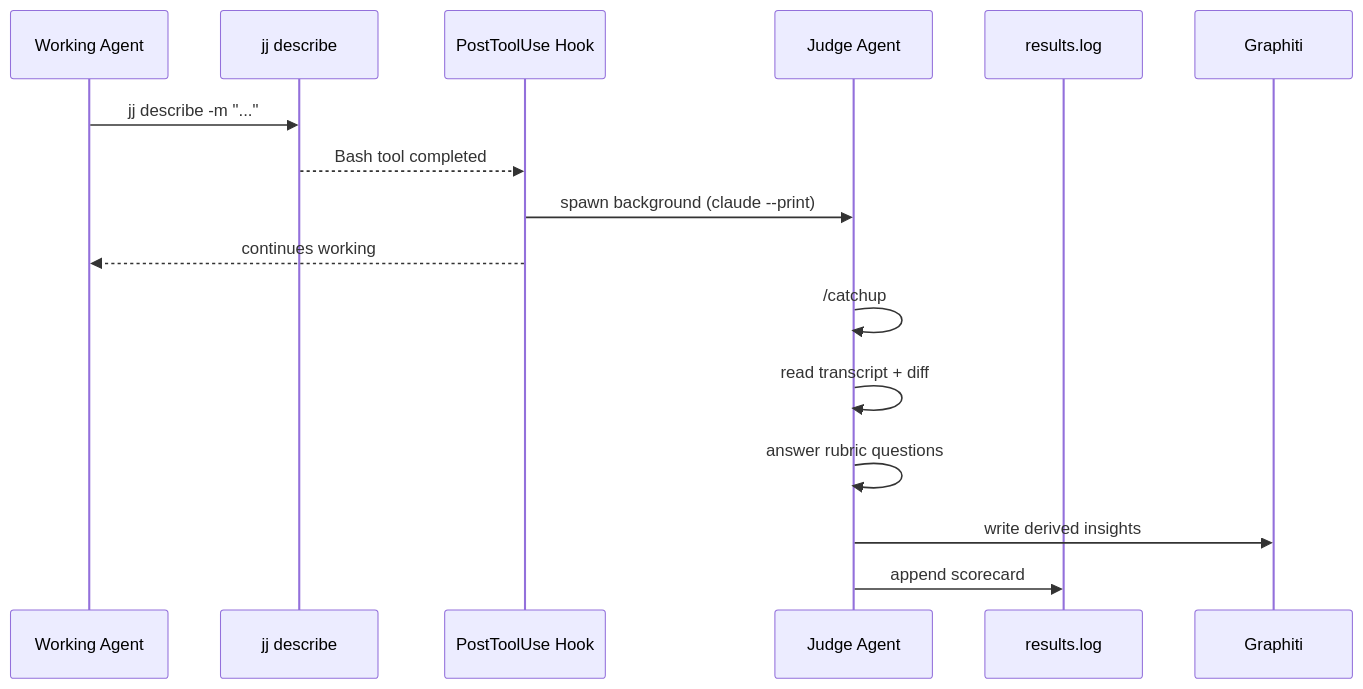
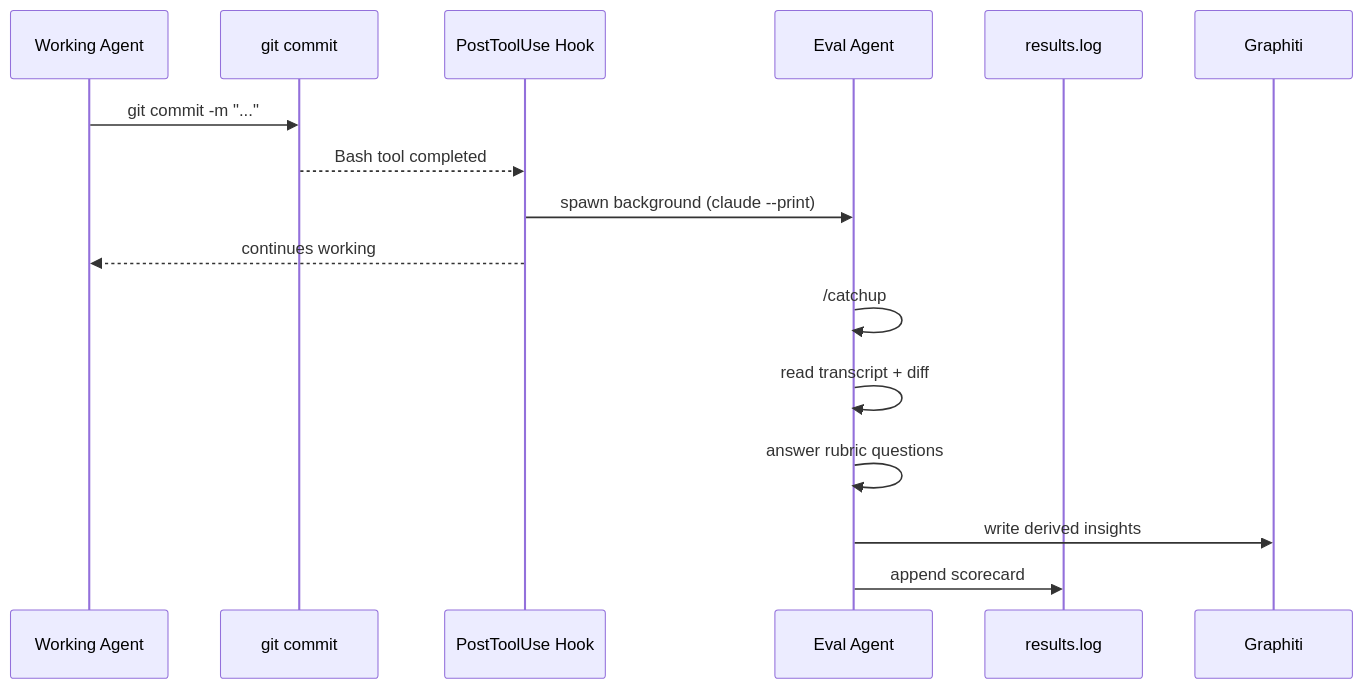
The diagram in apps/docs/src/reference/eval/overview.md (infinitedusky/indusk), drawn with Mermaid before and after one commit. The commit also changed other lines of this file and 7 other files, not shown here.

First line of the commit message:
docs: agent-roles guide + sweep stale jj describe references

````diff
--- a/apps/docs/src/reference/eval/overview.md
+++ b/apps/docs/src/reference/eval/overview.md
@@ -17,19 +17,19 @@
 ```mermaid
 sequenceDiagram
     participant Agent as Working Agent
-    participant JJ as jj describe
+    participant Git as git commit
     participant Hook as PostToolUse Hook
-    participant Judge as Judge Agent
+    participant Eval as Eval Agent
     participant Log as results.log
     participant G as Graphiti
 
-    Agent->>JJ: jj describe -m "..."
-    JJ-->>Hook: Bash tool completed
-    Hook->>Judge: spawn background (claude --print)
+    Agent->>Git: git commit -m "..."
+    Git-->>Hook: Bash tool completed
+    Hook->>Eval: spawn background (claude --print)
     Hook-->>Agent: continues working
-    Judge->>Judge: /catchup
-    Judge->>Judge: read transcript + diff
-    Judge->>Judge: answer rubric questions
-    Judge->>G: write derived insights
-    Judge->>Log: append scorecard
+    Eval->>Eval: /catchup
+    Eval->>Eval: read transcript + diff
+    Eval->>Eval: answer rubric questions
+    Eval->>G: write derived insights
+    Eval->>Log: append scorecard
 ```
````
